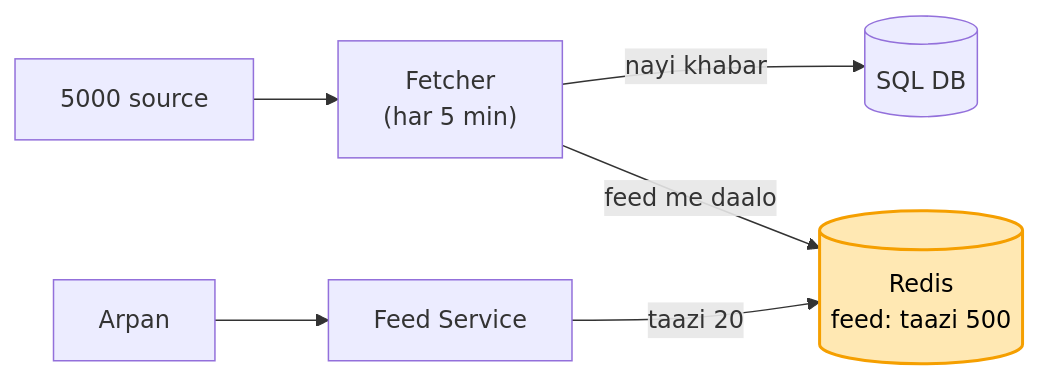
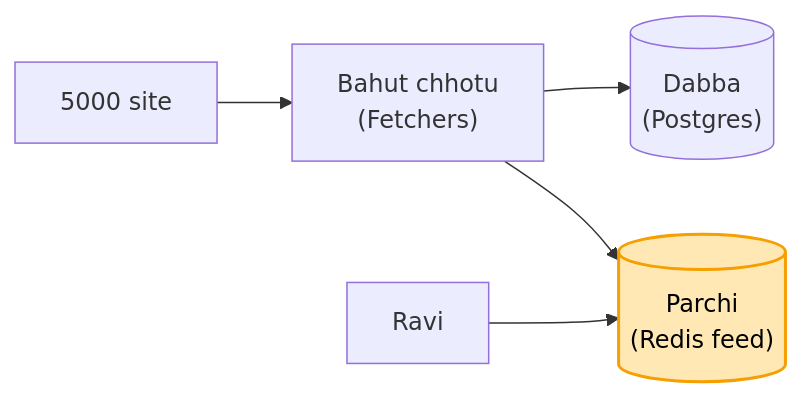
One commit to ArpanMaheshwari144/Prep changed the second of 4 diagrams in 04_HLD/SYSTEM_DESIGNS/08_news_aggregator/08_news_aggregator.md. Above: the diagram before and after it, drawn with Mermaid. The commit also changed other lines of this file, not shown here.

Commit message:
News main file: kahani format (har kadam kahani -> asli naam -> tasveer), notes se

````diff
--- a/04_HLD/SYSTEM_DESIGNS/08_news_aggregator/08_news_aggregator.md
+++ b/04_HLD/SYSTEM_DESIGNS/08_news_aggregator/08_news_aggregator.md
@@ -107,9 +49,8 @@
 ```mermaid
 flowchart LR
-    S["5000 source"] --> F["Fetcher<br/>(har 5 min)"]
-    F -- "nayi khabar" --> D[("SQL DB")]
-    F -- "feed me daalo" --> R[("Redis<br/>feed: taazi 500")]
-    A["Arpan"] --> FS["Feed Service"]
-    FS -- "taazi 20" --> R
-    style R fill:#ffe8b3,stroke:#f59f00,stroke-width:2px,color:#000
+    S["5000 site"] --> C["Bahut chhotu<br/>(Fetchers)"]
+    C --> D[("Dabba<br/>(Postgres)")]
+    C --> P[("Parchi<br/>(Redis feed)")]
+    A["Ravi"] --> P
+    style P fill:#ffe8b3,stroke:#f59f00,stroke-width:2px,color:#000
 ```
````
